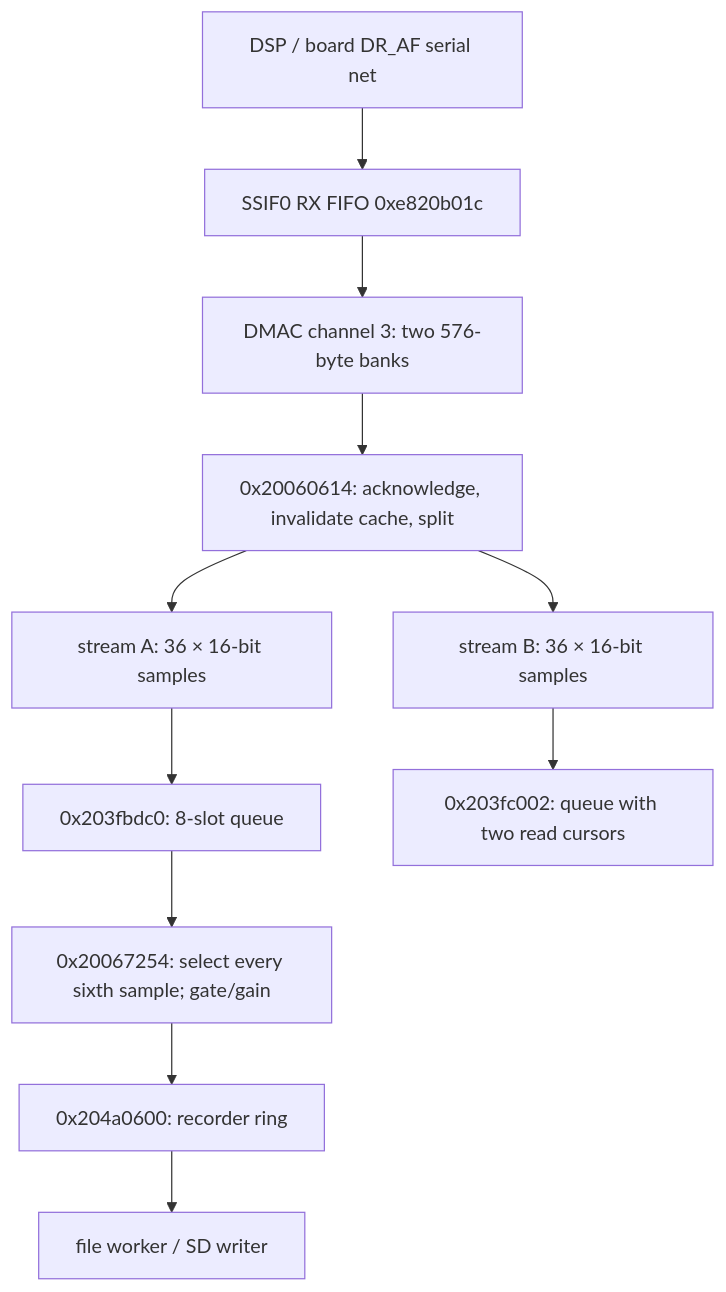
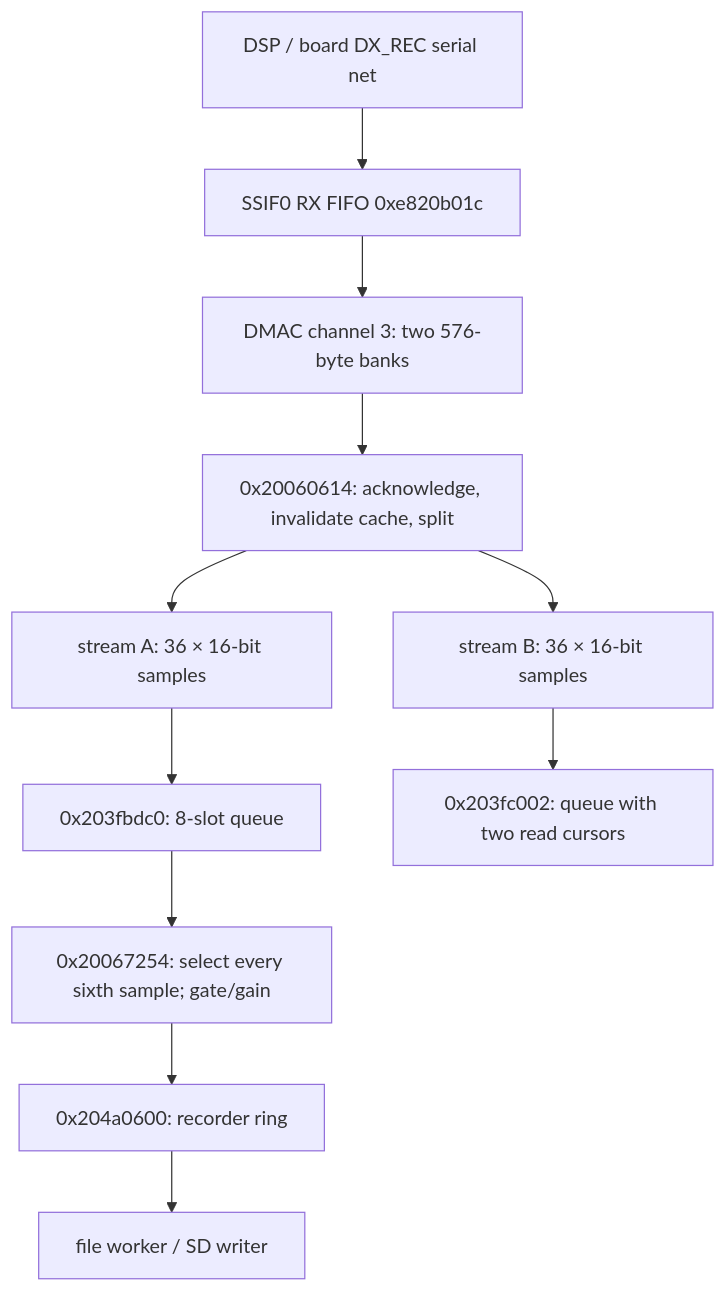
One commit to zarthur/ic-7300_firmware changed the diagram in research/native-receive-interface.md. Above: the diagram before and after it, drawn with Mermaid. The commit also changed other lines of this file and 1 other file, not shown here.

Commit message:
Correct native receive net and verify repeated-frame extraction (#71)

````diff
--- a/research/native-receive-interface.md
+++ b/research/native-receive-interface.md
@@ -57,13 +57,13 @@
 ```mermaid
 flowchart TD
-    DSP["DSP / board DR_AF serial net"] --> SSI["SSIF0 RX FIFO 0xe820b01c"]
+    DSP["DSP / board DX_REC serial net"] --> SSI["SSIF0 RX FIFO 0xe820b01c"]
     SSI --> DMA["DMAC channel 3: two 576-byte banks"]
     DMA --> EX["0x20060614: acknowledge, invalidate cache, split"]
     EX --> A["stream A: 36 × 16-bit samples"]
     EX --> B["stream B: 36 × 16-bit samples"]
     A --> Q["0x203fbdc0: 8-slot queue"]
     B --> QB["0x203fc002: queue with two read cursors"]
     Q --> REC["0x20067254: select every sixth sample; gate/gain"]
     REC --> RING["0x204a0600: recorder ring"]
     RING --> FILE["file worker / SD writer"]
 ```
````
